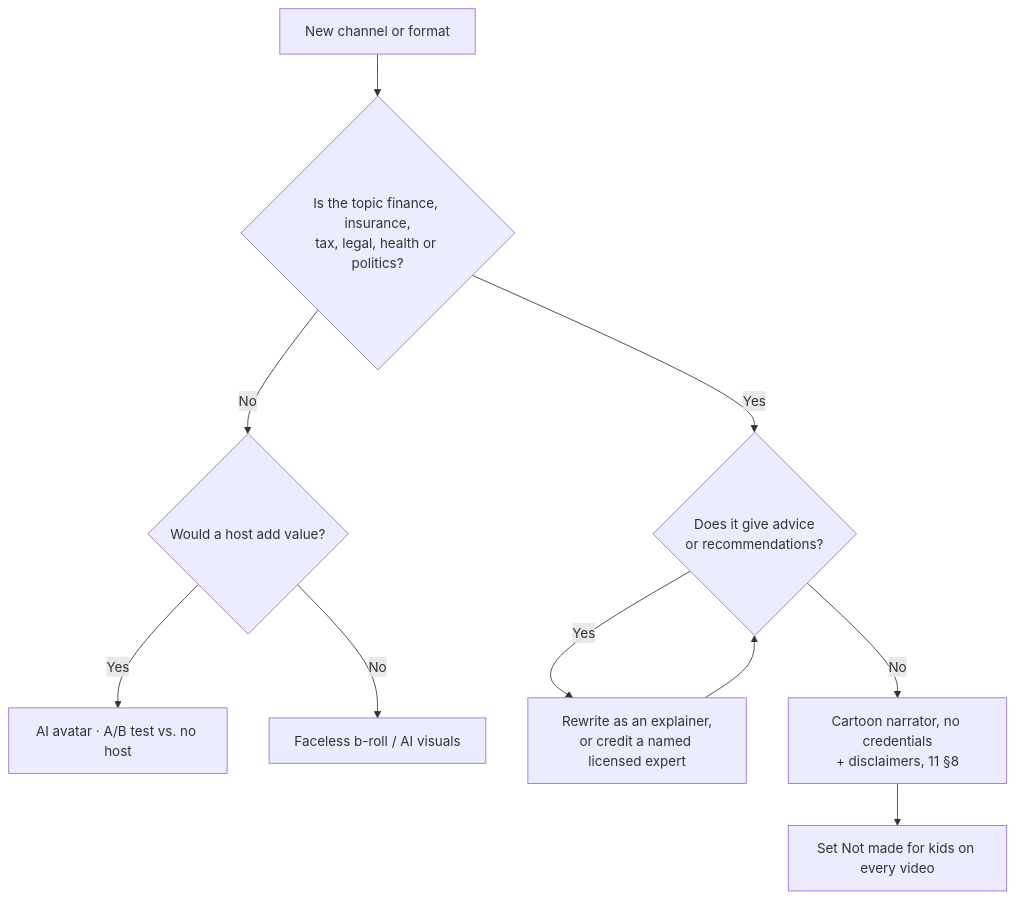
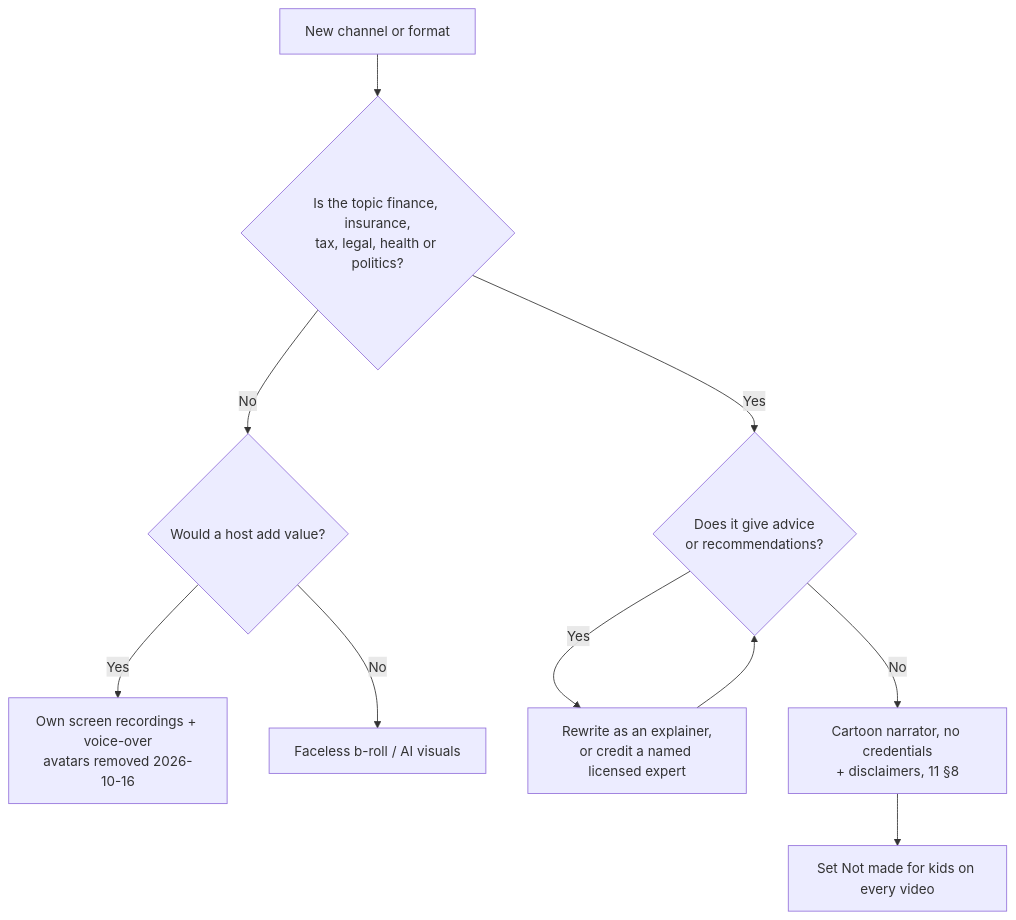
Before and after one commit to bibekgupta3333/instagram_automation: the diagram in docs/2-channels/12-final-portfolio.md, drawn with Mermaid. The commit also changed other lines of this file and 28 other files, not shown here.

````diff
--- a/docs/2-channels/12-final-portfolio.md
+++ b/docs/2-channels/12-final-portfolio.md
@@ -17,12 +19,12 @@
 ```mermaid
 flowchart TD
     A[New channel or format] --> B{Is the topic finance, insurance,<br/>tax, legal, health or politics?}
     B -->|No| C{Would a host add value?}
-    C -->|Yes| D[AI avatar · A/B test vs. no host]
+    C -->|Yes| D[Own screen recordings + voice-over<br/>avatars removed 2026-10-16]
     C -->|No| E[Faceless b-roll / AI visuals]
     B -->|Yes| F{Does it give advice<br/>or recommendations?}
     F -->|Yes| G[Rewrite as an explainer,<br/>or credit a named licensed expert]
     G --> F
     F -->|No| H[Cartoon narrator, no credentials<br/>+ disclaimers, 11 §8]
     H --> I[Set Not made for kids on every video]
 ```
````
